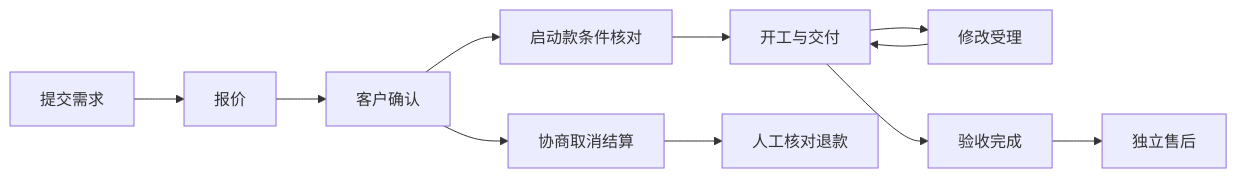
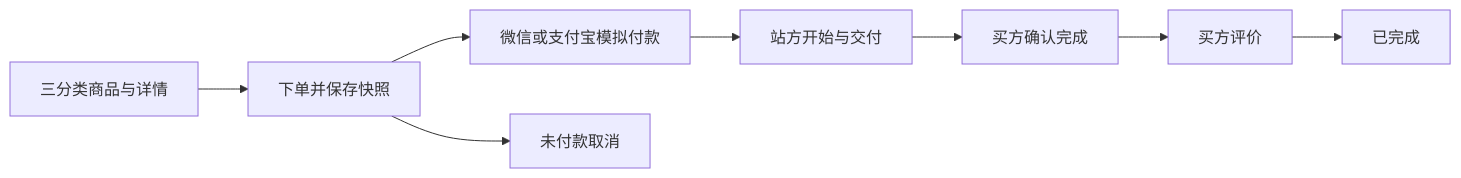
The second of 2 diagrams in 代码/后端/后端代码/README.md (JobsKits/AcademicServices), drawn with Mermaid before and after one commit. The commit also changed other lines of this file and 157 other files, not shown here.

````diff
--- a/代码/后端/后端代码/README.md
+++ b/代码/后端/后端代码/README.md
@@ -151,13 +139,10 @@
-```mermaid
+~~~mermaid
 flowchart LR
-  A[提交需求] --> B[报价]
-  B --> C[客户确认]
-  C --> D[启动款条件核对]
-  D --> E[开工与交付]
-  E --> F[修改受理]
-  F --> E
-  E --> G[验收完成]
-  G --> H[独立售后]
-  C --> I[协商取消结算]
-  I --> J[人工核对退款]
-```
+  Catalog[三分类商品与详情] --> Buy[下单并保存快照]
+  Buy --> Pay[微信或支付宝模拟付款]
+  Pay --> Delivery[站方开始与交付]
+  Delivery --> Accept[买方确认完成]
+  Accept --> Review[买方评价]
+  Review --> Complete[已完成]
+  Buy --> Cancel[未付款取消]
+~~~
````
